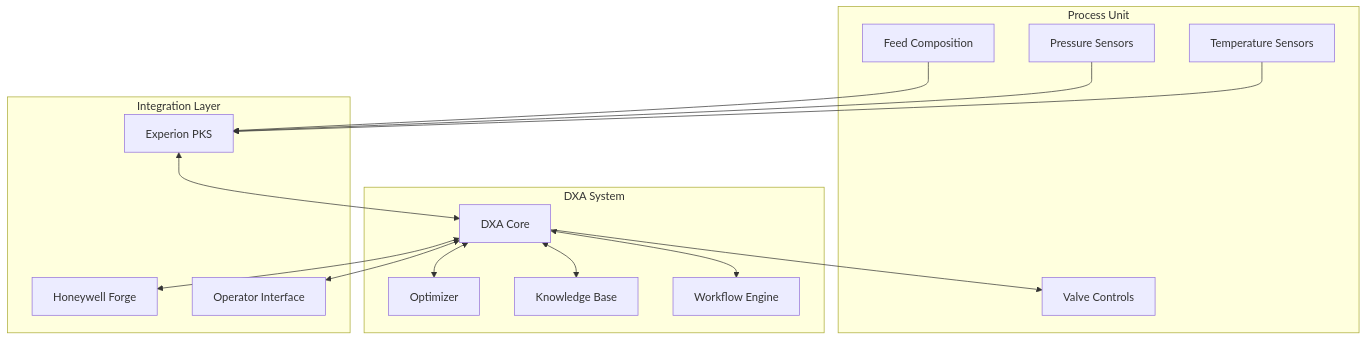
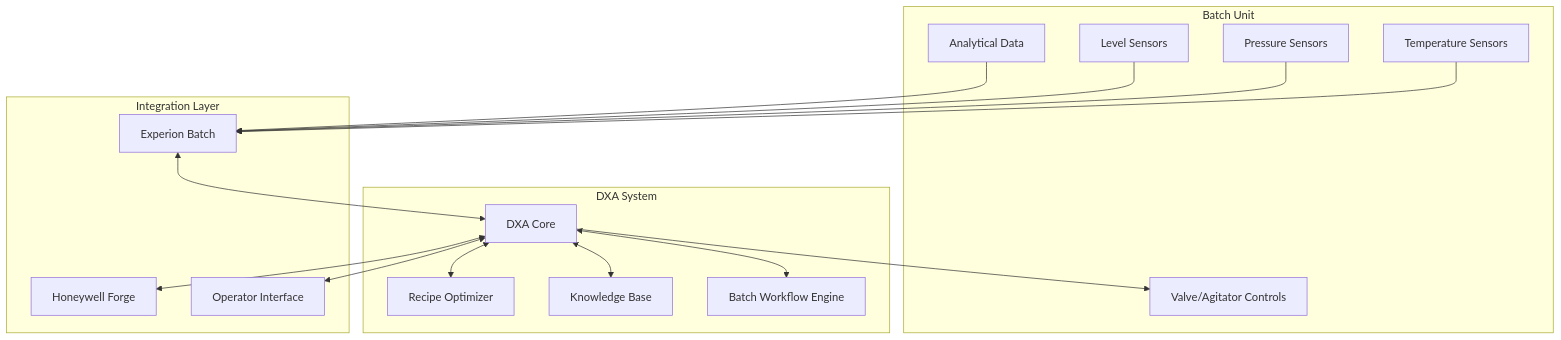
The first of 4 diagrams in docs/requirements/INDUSTRIAL-AUTOMATION.md (aitomatic/dana), drawn with Mermaid before and after one commit. The commit also changed other lines of this file, not shown here.

Commit message:
Refocus INDUSTRIAL to specialty-chemicals batch processing.

````diff
--- a/docs/requirements/INDUSTRIAL-AUTOMATION.md
+++ b/docs/requirements/INDUSTRIAL-AUTOMATION.md
@@ -20,28 +22,29 @@
 ```mermaid
 graph TB
-    subgraph "Process Unit"
+    subgraph "Batch Unit"
         T[Temperature Sensors]
         P[Pressure Sensors]
-        F[Feed Composition]
-        V[Valve Controls]
+        L[Level Sensors]
+        A[Analytical Data]
+        V[Valve/Agitator Controls]
     end
     
     subgraph "DXA System"
         D[DXA Core]
-        D <--> OPT[Optimizer]
+        D <--> OPT[Recipe Optimizer]
         D <--> KB[Knowledge Base]
-        D <--> WF[Workflow Engine]
+        D <--> WF[Batch Workflow Engine]
     end
     
     subgraph "Integration Layer"
-        PKS[Experion PKS]
+        EXP[Experion Batch]
         HF[Honeywell Forge]
         OP[Operator Interface]
     end
 
-    T & P & F --> PKS
-    PKS <--> D
+    T & P & L & A --> EXP
+    EXP <--> D
     D <--> HF
     D <--> OP
     D --> V
 ```
````
